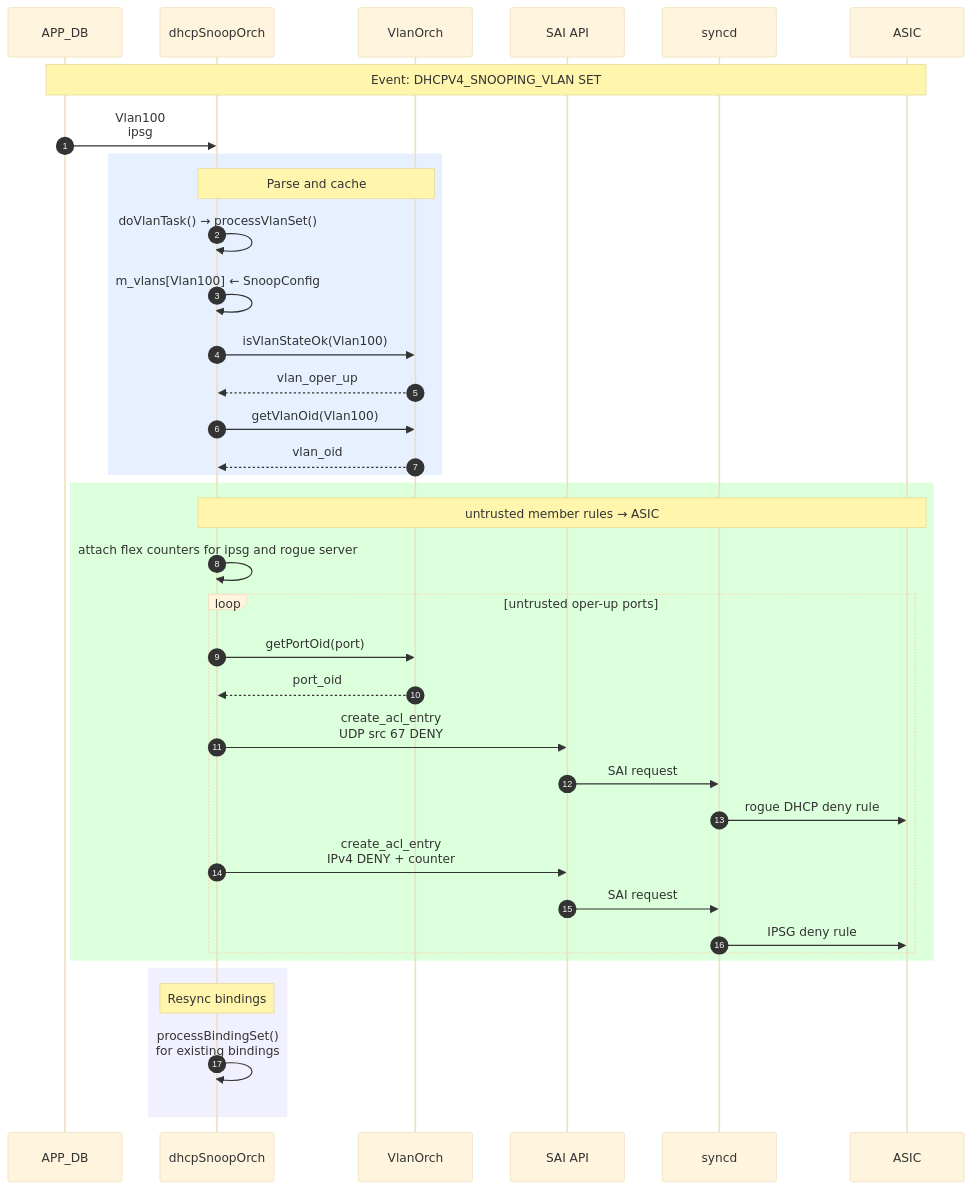
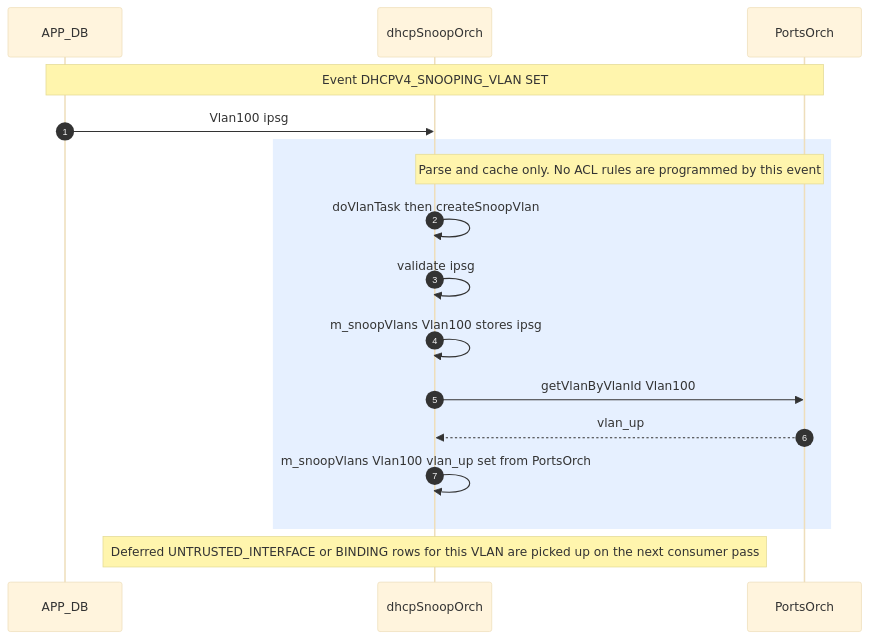
One commit to sonic-net/SONiC changed the tenth of 19 diagrams in doc/DHCPv4_snooping/DHCPv4-snooping-hld.md. Above: the diagram before and after it, drawn with Mermaid (base theme). The commit also changed other lines of this file, not shown here.

First line of the commit message:
doc: add sequence diagrams in HLD

````diff
--- a/doc/DHCPv4_snooping/DHCPv4-snooping-hld.md
+++ b/doc/DHCPv4_snooping/DHCPv4-snooping-hld.md
@@ -702,44 +870,23 @@
 ```mermaid
 sequenceDiagram
     autonumber
     participant APP_DB as APP_DB
     participant Orch as dhcpSnoopOrch
-    participant VlanOrch as VlanOrch
-    participant SAI as SAI API
-    participant syncd as syncd
-    participant ASIC as ASIC
+    participant PortsOrch as PortsOrch
 
-    Note over APP_DB, ASIC: Event: DHCPV4_SNOOPING_VLAN SET
+    Note over APP_DB, PortsOrch: Event DHCPV4_SNOOPING_VLAN SET
 
-    APP_DB->>Orch: Vlan100<br/>ipsg
+    APP_DB->>Orch: Vlan100 ipsg
 
     rect rgb(230, 240, 255)
-        Note over Orch, VlanOrch: Parse and cache
-        Orch->>Orch: doVlanTask() → processVlanSet()
-        Orch->>Orch: m_vlans[Vlan100] ← SnoopConfig
-        Orch->>VlanOrch: isVlanStateOk(Vlan100)
-        VlanOrch-->>Orch: vlan_oper_up
-        Orch->>VlanOrch: getVlanOid(Vlan100)
-        VlanOrch-->>Orch: vlan_oid
+        Note over Orch, PortsOrch: Parse and cache only. No ACL rules are programmed by this event
+        Orch->>Orch: doVlanTask then createSnoopVlan
+        Orch->>Orch: validate ipsg
+        Orch->>Orch: m_snoopVlans Vlan100 stores ipsg
+        Orch->>PortsOrch: getVlanByVlanId Vlan100
+        PortsOrch-->>Orch: vlan_up
+        Orch->>Orch: m_snoopVlans Vlan100 vlan_up set from PortsOrch
     end
 
-    rect rgb(220, 255, 220)
-        Note over Orch, ASIC: untrusted member rules → ASIC
-        Orch->>Orch: attach flex counters for ipsg and rogue server
-        loop untrusted oper-up ports
-            Orch->>VlanOrch: getPortOid(port)
-            VlanOrch-->>Orch: port_oid
-            Orch->>SAI: create_acl_entry<br/>UDP src 67 DENY
-            SAI->>syncd: SAI request
-            syncd->>ASIC: rogue DHCP deny rule
-            Orch->>SAI: create_acl_entry<br/>IPv4 DENY + counter
-            SAI->>syncd: SAI request
-            syncd->>ASIC: IPSG deny rule
-        end
-    end
-
-    rect rgb(240, 240, 255)
-        Note over Orch, Orch: Resync bindings
-        Orch->>Orch: processBindingSet()<br/>for existing bindings
-    end
+    Note over Orch: Deferred UNTRUSTED_INTERFACE or BINDING rows for this VLAN are picked up on the next consumer pass
 ```
````
